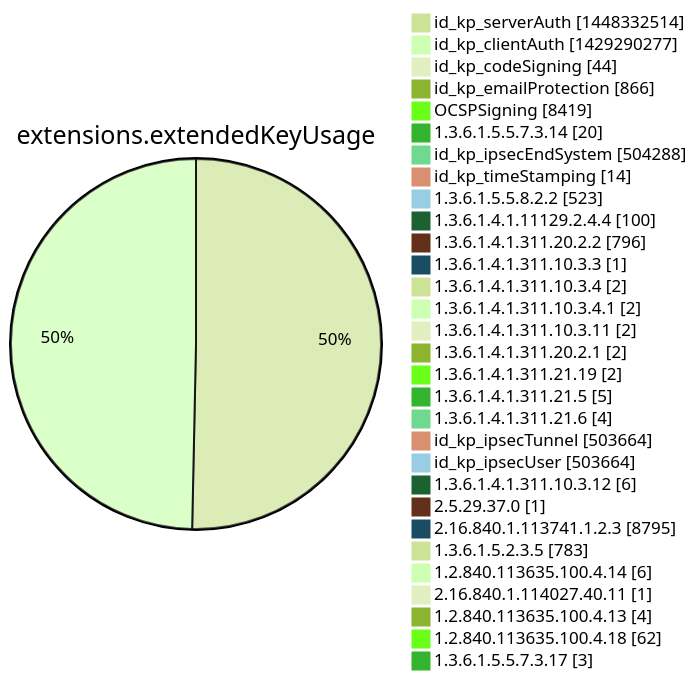
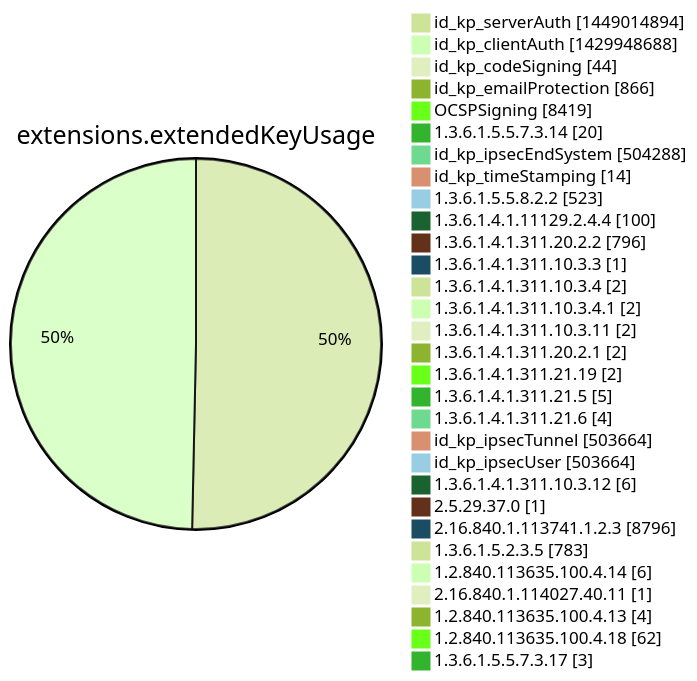
Before and after one commit to christiankrug/ctmonitor_visualization: diagram 12 of 15 in argon2022/README.md, drawn with Mermaid (forest theme). The commit also changed other lines of this file, not shown here.

````diff
--- a/argon2022/README.md
+++ b/argon2022/README.md
@@ -3555,34 +3555,34 @@
 ```mermaid
 pie showData
 title extensions.extendedKeyUsage
-"id_kp_serverAuth" :1448332514
-"id_kp_clientAuth" :1429290277
+"id_kp_serverAuth" :1449014894
+"id_kp_clientAuth" :1429948688
 "id_kp_codeSigning" :44
 "id_kp_emailProtection" :866
 "OCSPSigning" :8419
 "1.3.6.1.5.5.7.3.14" :20
 "id_kp_ipsecEndSystem" :504288
 "id_kp_timeStamping" :14
 "1.3.6.1.5.5.8.2.2" :523
 "1.3.6.1.4.1.11129.2.4.4" :100
 "1.3.6.1.4.1.311.20.2.2" :796
 "1.3.6.1.4.1.311.10.3.3" :1
 "1.3.6.1.4.1.311.10.3.4" :2
 "1.3.6.1.4.1.311.10.3.4.1" :2
 "1.3.6.1.4.1.311.10.3.11" :2
 "1.3.6.1.4.1.311.20.2.1" :2
 "1.3.6.1.4.1.311.21.19" :2
 "1.3.6.1.4.1.311.21.5" :5
 "1.3.6.1.4.1.311.21.6" :4
 "id_kp_ipsecTunnel" :503664
 "id_kp_ipsecUser" :503664
 "1.3.6.1.4.1.311.10.3.12" :6
 "2.5.29.37.0" :1
-"2.16.840.1.113741.1.2.3" :8795
+"2.16.840.1.113741.1.2.3" :8796
 "1.3.6.1.5.2.3.5" :783
 "1.2.840.113635.100.4.14" :6
 "2.16.840.1.114027.40.11" :1
 "1.2.840.113635.100.4.13" :4
 "1.2.840.113635.100.4.18" :62
 "1.3.6.1.5.5.7.3.17" :3
 ```
````
